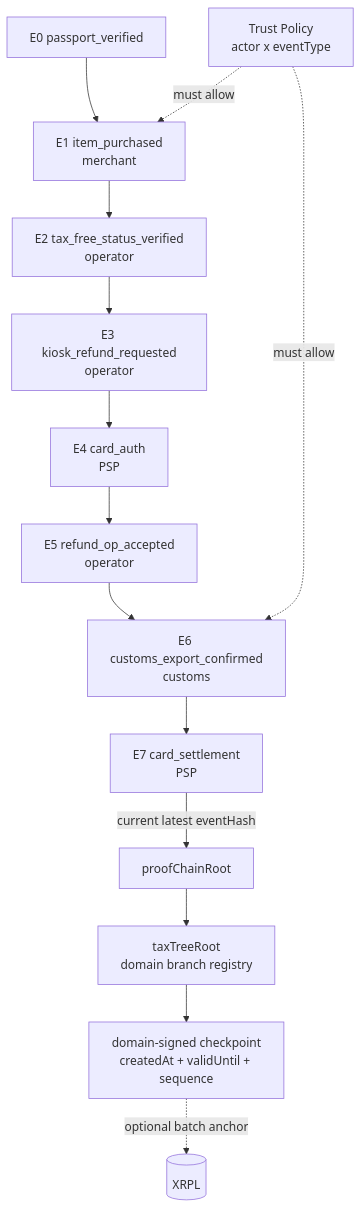
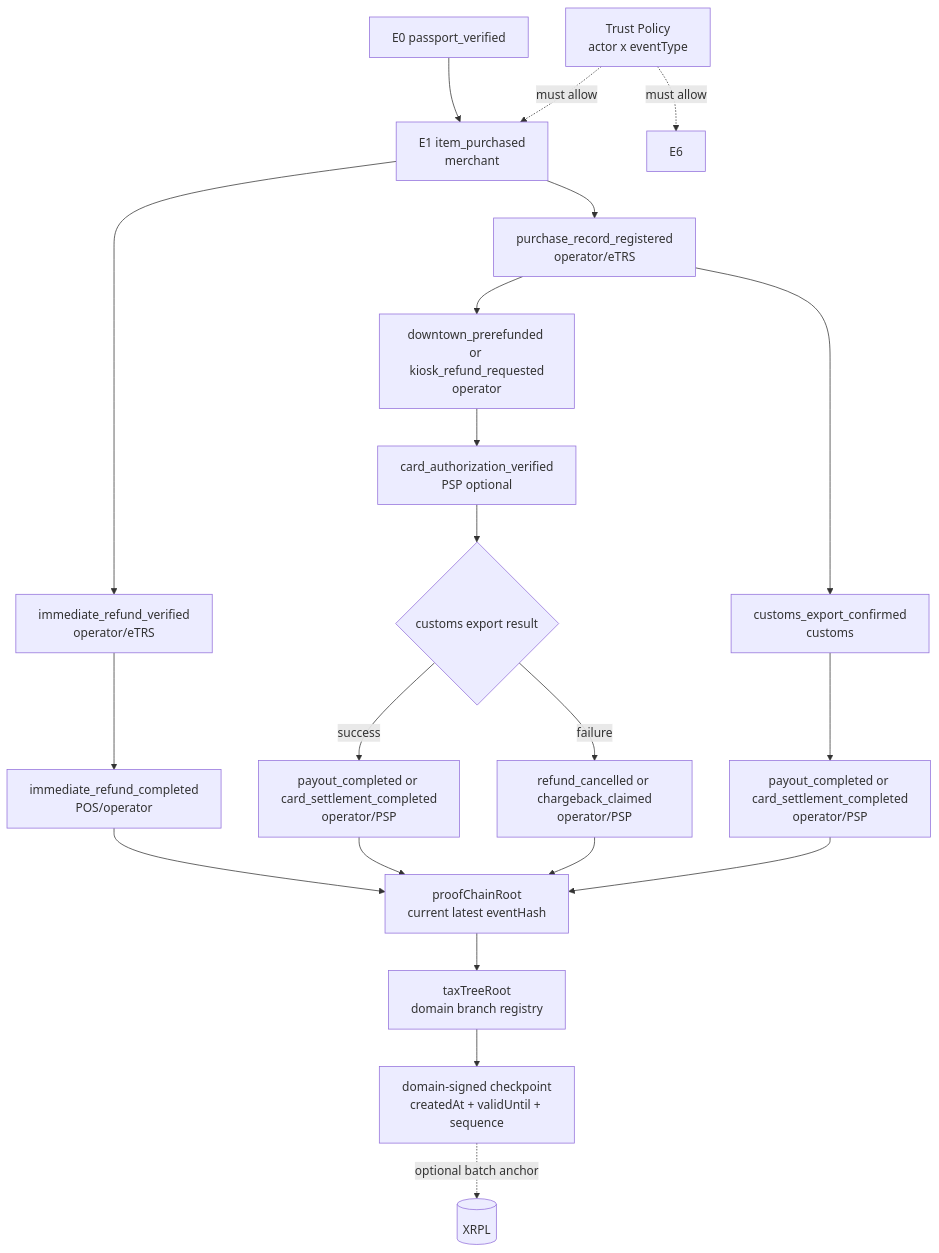
One commit to ChainDrifters/XRPL_hackathon changed the diagram in docs/plan/phase-4.md. Above: the diagram before and after it, drawn with Mermaid. The commit also changed other lines of this file and 3 other files, not shown here.

````diff
--- a/docs/plan/phase-4.md
+++ b/docs/plan/phase-4.md
@@ -29,17 +31,28 @@
 ```mermaid
 flowchart TD
     E0["E0 passport_verified"] --> E1["E1 item_purchased<br/>merchant"]
-    E1 --> E2["E2 tax_free_status_verified<br/>operator"]
-    E2 --> E3["E3 kiosk_refund_requested<br/>operator"]
-    E3 --> E4["E4 card_auth<br/>PSP"]
-    E4 --> E5["E5 refund_op_accepted<br/>operator"]
-    E5 --> E6["E6 customs_export_confirmed<br/>customs"]
-    E6 --> E7["E7 card_settlement<br/>PSP"]
-    E7 -->|"current latest eventHash"| CASE_ROOT["proofChainRoot"]
+
+    E1 --> I2["immediate_refund_verified<br/>operator/eTRS"]
+    I2 --> I3["immediate_refund_completed<br/>POS/operator"]
+
+    E1 --> G2["purchase_record_registered<br/>operator/eTRS"]
+    G2 --> D3["downtown_prerefunded or kiosk_refund_requested<br/>operator"]
+    D3 --> D4["card_authorization_verified<br/>PSP optional"]
+    D4 --> D6{"customs export result"}
+    D6 -->|"success"| D7["payout_completed or card_settlement_completed<br/>operator/PSP"]
+    D6 -->|"failure"| C7["refund_cancelled or chargeback_claimed<br/>operator/PSP"]
+
+    G2 --> A6["customs_export_confirmed<br/>customs"]
+    A6 --> A7["payout_completed or card_settlement_completed<br/>operator/PSP"]
+
+    I3 --> CASE_ROOT["proofChainRoot<br/>current latest eventHash"]
+    D7 --> CASE_ROOT
+    C7 --> CASE_ROOT
+    A7 --> CASE_ROOT
     CASE_ROOT --> TREE["taxTreeRoot<br/>domain branch registry"]
     TREE --> CKPT["domain-signed checkpoint<br/>createdAt + validUntil + sequence"]
     CKPT -. "optional batch anchor" .-> XRPL[(XRPL)]
 
     POLICY["Trust Policy<br/>actor x eventType"] -. "must allow" .-> E1
     POLICY -. "must allow" .-> E6
 ```
````
